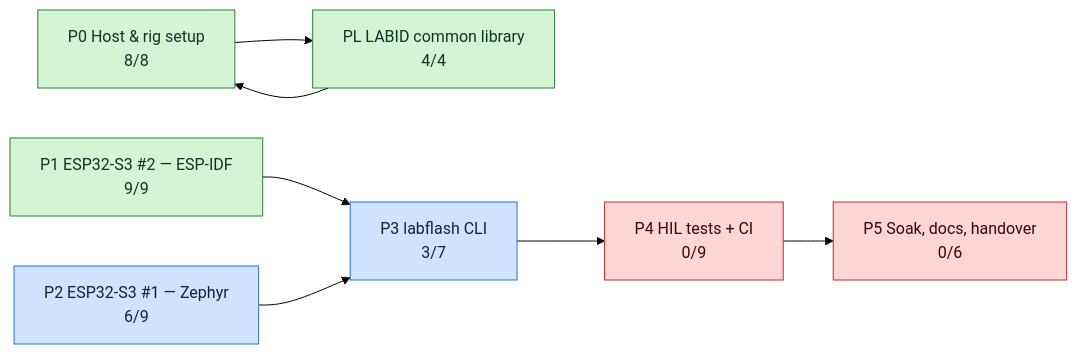
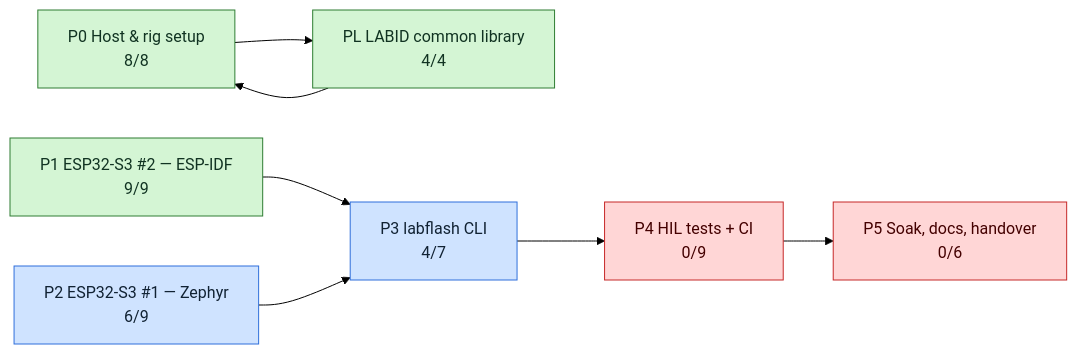
The second of 3 diagrams in tickets/TICKETS.md (mohamed-soubhi/bootlab-esp), drawn with Mermaid (forest theme) before and after one commit. The commit also changed other lines of this file and 6 other files, not shown here.

````diff
--- a/tickets/TICKETS.md
+++ b/tickets/TICKETS.md
@@ -36,20 +36,20 @@
 ```mermaid
 flowchart LR
     E0["P0 Host & rig setup<br/>8/8"]:::done
     EL["PL LABID common library<br/>4/4"]:::done
     E1["P1 ESP32-S3 #2 — ESP-IDF<br/>9/9"]:::done
     E2["P2 ESP32-S3 #1 — Zephyr<br/>6/9"]:::doing
-    E3["P3 labflash CLI<br/>3/7"]:::doing
+    E3["P3 labflash CLI<br/>4/7"]:::doing
     E4["P4 HIL tests + CI<br/>0/9"]:::blocked
     E5["P5 Soak, docs, handover<br/>0/6"]:::blocked
     E0 --> EL
     E1 --> E3
     E2 --> E3
     E3 --> E4
     E4 --> E5
     EL --> E0
     classDef todo fill:#eeeeee,stroke:#999,color:#333
     classDef doing fill:#cfe3ff,stroke:#2f6fdb,color:#123
     classDef blocked fill:#ffd6d6,stroke:#c62828,color:#400
     classDef done fill:#d4f5d4,stroke:#2e7d32,color:#132
 ```
````
